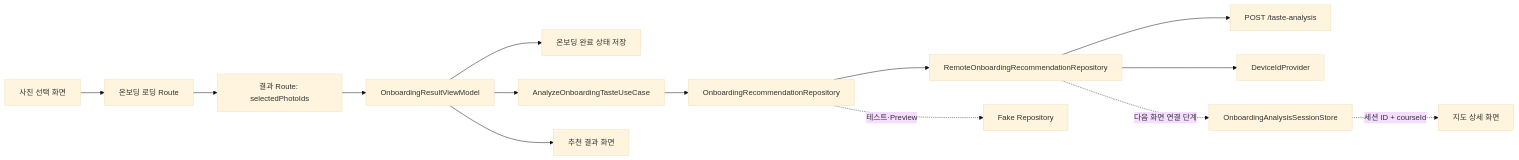
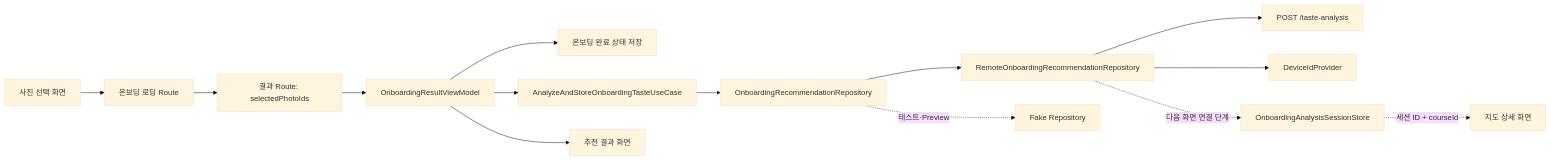
Before and after one commit to SAIRO14/SAIRO-ANDROID: the diagram in docs/intermediate/onboarding-recommendation-flow.md, drawn with Mermaid (base theme). The commit also changed other lines of this file and 8 other files, not shown here.

````diff
--- a/docs/intermediate/onboarding-recommendation-flow.md
+++ b/docs/intermediate/onboarding-recommendation-flow.md
@@ -48,16 +48,16 @@
 ```mermaid
 flowchart LR
     P["사진 선택 화면"] --> L["온보딩 로딩 Route"]
     L --> R["결과 Route: selectedPhotoIds"]
     R --> VM["OnboardingResultViewModel"]
     VM --> M["온보딩 완료 상태 저장"]
-    VM --> UC["AnalyzeOnboardingTasteUseCase"]
+    VM --> UC["AnalyzeAndStoreOnboardingTasteUseCase"]
     UC --> RI["OnboardingRecommendationRepository"]
     RI --> RR["RemoteOnboardingRecommendationRepository"]
     RR --> API["POST /taste-analysis"]
     RR --> DID["DeviceIdProvider"]
     RR -. "다음 화면 연결 단계" .-> SS["OnboardingAnalysisSessionStore"]
     SS -. "세션 ID + courseId" .-> TD["지도 상세 화면"]
     RI -. "테스트·Preview" .-> FR["Fake Repository"]
     VM --> UI["추천 결과 화면"]
 ```
````
